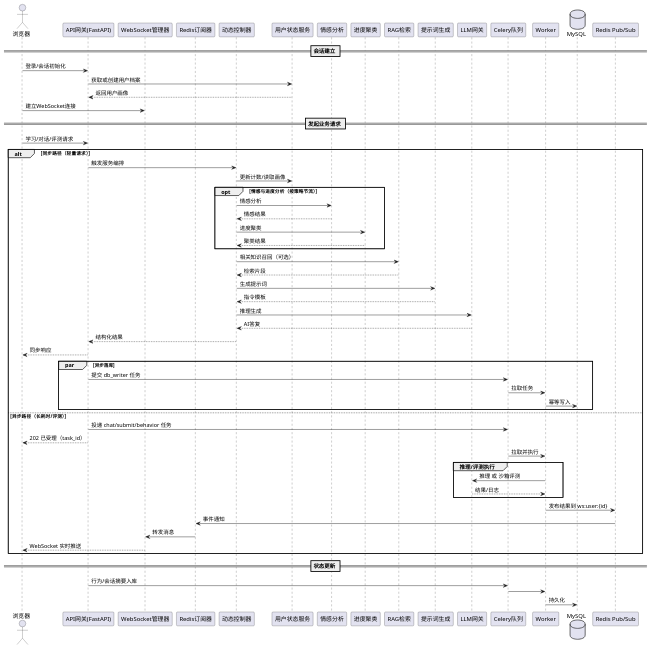
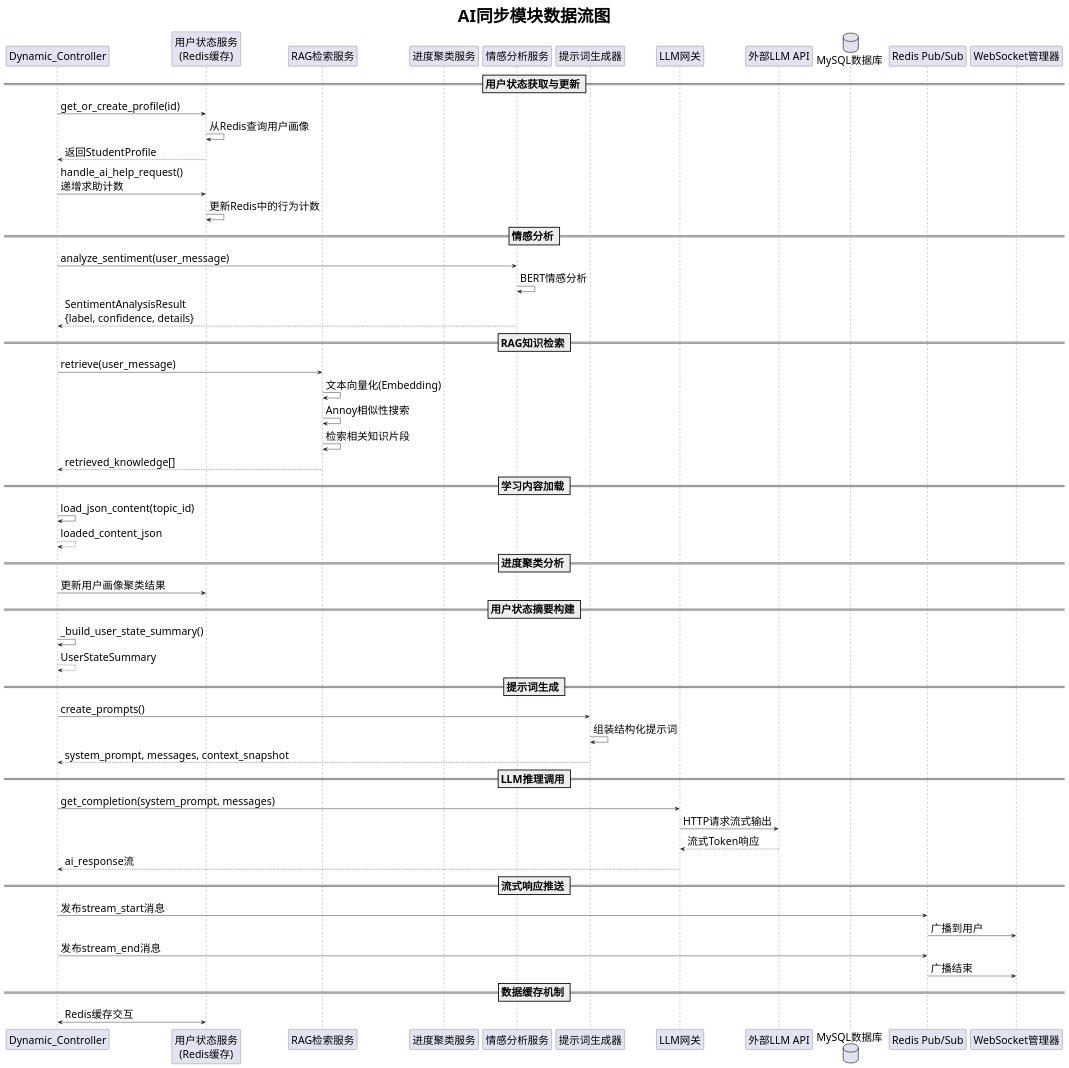
The fourth of 5 diagrams in 软著/syncPBL.wsd (Cae1anSou/adaptive-tutor-system), drawn with PlantUML before and after one commit. The commit also changed other lines of this file and 2 other files, not shown here.

Commit message:
添加软著画图

```diff
--- a/软著/syncPBL.wsd
+++ b/软著/syncPBL.wsd
@@ -102,72 +205,82 @@
 @startuml
+title AI同步模块数据流图
+skinparam defaultFontSize 25
+skinparam titleFontSize 40
+skinparam participantFontSize 25
+skinparam noteFontSize 10
+skinparam legendFontSize 1
+' --- 结束 ---
 
 skinparam shadowing false
 skinparam linetype ortho
+skinparam componentStyle rectangle
 
-actor Browser as "浏览器"
-participant APIGW as "API网关(FastAPI)"
-participant WS as "WebSocket管理器"
-participant RedisSub as "Redis订阅器"
-participant DC as "动态控制器"
-participant USS as "用户状态服务"
-participant SA as "情感分析"
-participant CLU as "进度聚类"
-participant RAG as "RAG检索"
-participant PG as "提示词生成"
-participant LLM as "LLM网关"
-participant CeleryQ as "Celery队列"
-participant Worker as "Worker"
-database DB as "MySQL"
-participant RedisPS as "Redis Pub/Sub"
+participant DynamicCtrl as "Dynamic_Controller"
+participant UserState as "用户状态服务\n(Redis缓存)"
+participant RAGService as "RAG检索服务"
+participant Clustering as "进度聚类服务"
+participant Sentiment as "情感分析服务"
+participant PromptGen as "提示词生成器"
+participant LLMGateway as "LLM网关"
+participant LLM_API as "外部LLM API"
+database DB as "MySQL数据库"
+participant RedisPub as "Redis Pub/Sub"
+participant WebSocket as "WebSocket管理器"
 
-== 会话建立 ==
-Browser -> APIGW: 登录/会话初始化
-APIGW -> USS: 获取或创建用户档案
-USS --> APIGW: 返回用户画像
-Browser -> WS: 建立WebSocket连接
 
-== 发起业务请求 ==
-Browser -> APIGW: 学习/对话/评测请求
 
-alt 同步路径（轻量请求）
-  APIGW -> DC: 触发服务编排
-  DC -> USS: 更新计数/读取画像
-  opt 情感与进度分析（按策略节流）
-    DC -> SA: 情感分析
-    SA --> DC: 情感结果
-    DC -> CLU: 进度聚类
-    CLU --> DC: 聚类结果
-  end
-  DC -> RAG: 相关知识召回（可选）
-  RAG --> DC: 检索片段
-  DC -> PG: 生成提示词
-  PG --> DC: 指令模板
-  DC -> LLM: 推理生成
-  LLM --> DC: AI答复
-  DC --> APIGW: 结构化结果
-  APIGW --> Browser: 同步响应
-  par 异步落库
-    APIGW -> CeleryQ: 提交 db_writer 任务
-    CeleryQ -> Worker: 拉取任务
-    Worker -> DB: 幂等写入
-  end
-else 异步路径（长耗时/评测）
-  APIGW -> CeleryQ: 投递 chat/submit/behavior 任务
-  APIGW --> Browser: 202 已受理（task_id）
-  CeleryQ -> Worker: 拉取并执行
-  group 推理/评测执行
-    Worker -> LLM: 推理 或 沙箱评测
-    LLM --> Worker: 结果/日志
-  end
-  Worker -> RedisPS: 发布结果到 ws:user:{id}
-  RedisPS -> RedisSub: 事件通知
-  RedisSub -> WS: 转发消息
-  WS --> Browser: WebSocket 实时推送
-end
+== 用户状态获取与更新 ==
+DynamicCtrl -> UserState: get_or_create_profile(id)
+UserState -> UserState: 从Redis查询用户画像
+UserState --> DynamicCtrl: 返回StudentProfile
 
-== 状态更新 ==
-APIGW -> CeleryQ: 行为/会话摘要入库
-CeleryQ -> Worker
-Worker -> DB: 持久化
+DynamicCtrl -> UserState: handle_ai_help_request()\n递增求助计数
+UserState -> UserState: 更新Redis中的行为计数
+
+== 情感分析 ==
+DynamicCtrl -> Sentiment: analyze_sentiment(user_message)
+Sentiment -> Sentiment: BERT情感分析
+Sentiment --> DynamicCtrl: SentimentAnalysisResult\n{label, confidence, details}
+
+== RAG知识检索 ==
+DynamicCtrl -> RAGService: retrieve(user_message)
+RAGService -> RAGService: 文本向量化(Embedding)
+RAGService -> RAGService: Annoy相似性搜索
+RAGService -> RAGService: 检索相关知识片段
+RAGService --> DynamicCtrl: retrieved_knowledge[]
+
+== 学习内容加载 ==
+DynamicCtrl -> DynamicCtrl: load_json_content(topic_id)
+DynamicCtrl --> DynamicCtrl: loaded_content_json
+
+== 进度聚类分析 ==
+DynamicCtrl -> UserState: 更新用户画像聚类结果
+
+== 用户状态摘要构建 ==
+DynamicCtrl -> DynamicCtrl: _build_user_state_summary()
+DynamicCtrl --> DynamicCtrl: UserStateSummary
+
+== 提示词生成 ==
+DynamicCtrl -> PromptGen: create_prompts()
+PromptGen -> PromptGen: 组装结构化提示词
+PromptGen --> DynamicCtrl: system_prompt, messages, context_snapshot
+
+== LLM推理调用 ==
+DynamicCtrl -> LLMGateway: get_completion(system_prompt, messages)
+LLMGateway -> LLM_API: HTTP请求流式输出
+LLM_API --> LLMGateway: 流式Token响应
+LLMGateway --> DynamicCtrl: ai_response流
+
+== 流式响应推送 ==
+DynamicCtrl -> RedisPub: 发布stream_start消息
+RedisPub -> WebSocket: 广播到用户
+
+
+DynamicCtrl -> RedisPub: 发布stream_end消息
+RedisPub -> WebSocket: 广播结束
+
+== 数据缓存机制 ==
+DynamicCtrl <-> UserState: Redis缓存交互
+
 
 @enduml
```
